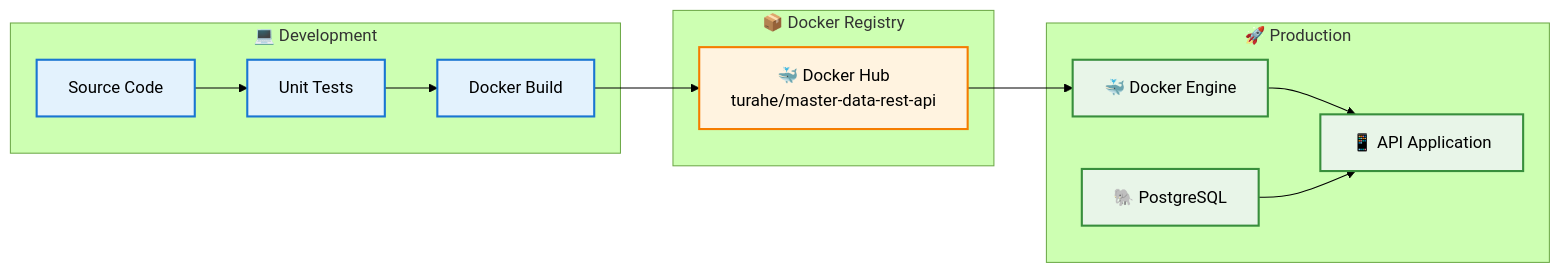
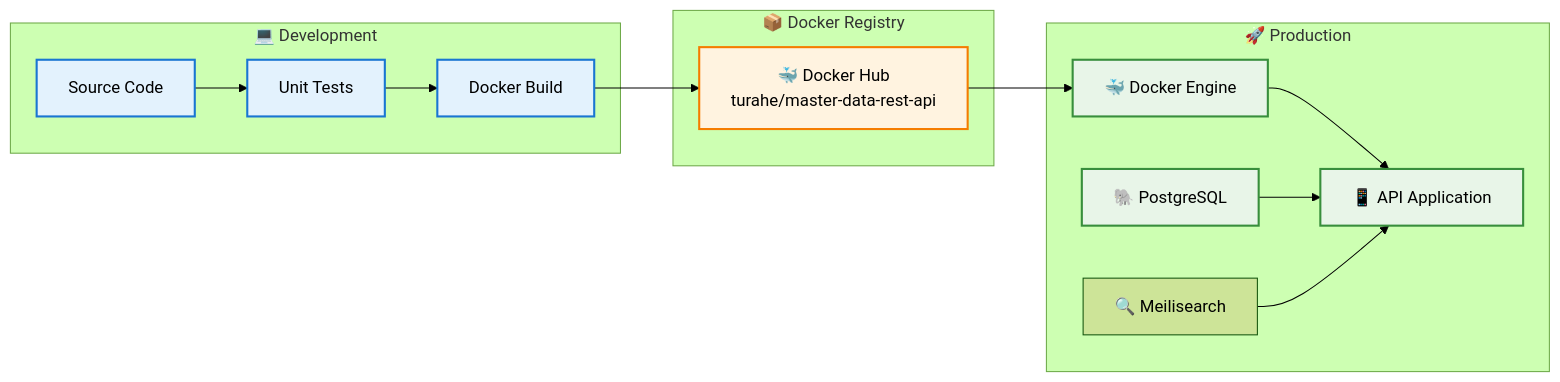
The second of 2 diagrams in README.md (turahe/master-data-rest-api), drawn with Mermaid (forest theme) before and after one commit. The commit also changed other lines of this file and 16 other files, not shown here.

````diff
--- a/README.md
+++ b/README.md
@@ -447,33 +471,35 @@
 ```mermaid
 graph LR
     subgraph Development ["💻 Development"]
         Code[Source Code]
         Tests[Unit Tests]
         Build[Docker Build]
     end
 
     subgraph Registry ["📦 Docker Registry"]
         DockerHub[🐳 Docker Hub<br/>turahe/master-data-rest-api]
     end
 
     subgraph Production ["🚀 Production"]
         Docker[🐳 Docker Engine]
         PostgreSQL[🐘 PostgreSQL]
+        Meilisearch[🔍 Meilisearch]
         App[📱 API Application]
     end
 
     Code --> Tests
     Tests --> Build
     Build --> DockerHub
     DockerHub --> Docker
     Docker --> App
     PostgreSQL --> App
+    Meilisearch --> App
 
     classDef dev fill:#e3f2fd,stroke:#1976d2,stroke-width:2px
     classDef registry fill:#fff3e0,stroke:#f57c00,stroke-width:2px
     classDef prod fill:#e8f5e8,stroke:#388e3c,stroke-width:2px
 
     class Code,Tests,Build dev
     class DockerHub registry
     class Docker,PostgreSQL,App prod
 ```
````
